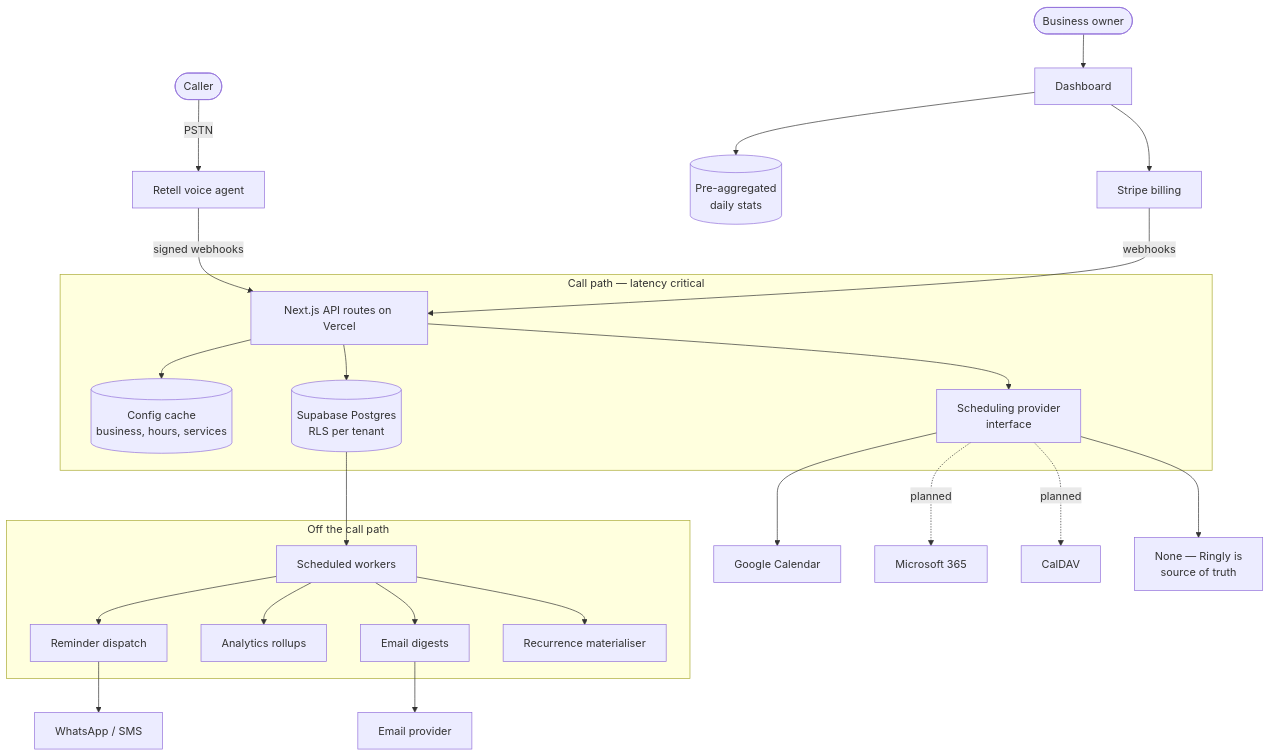
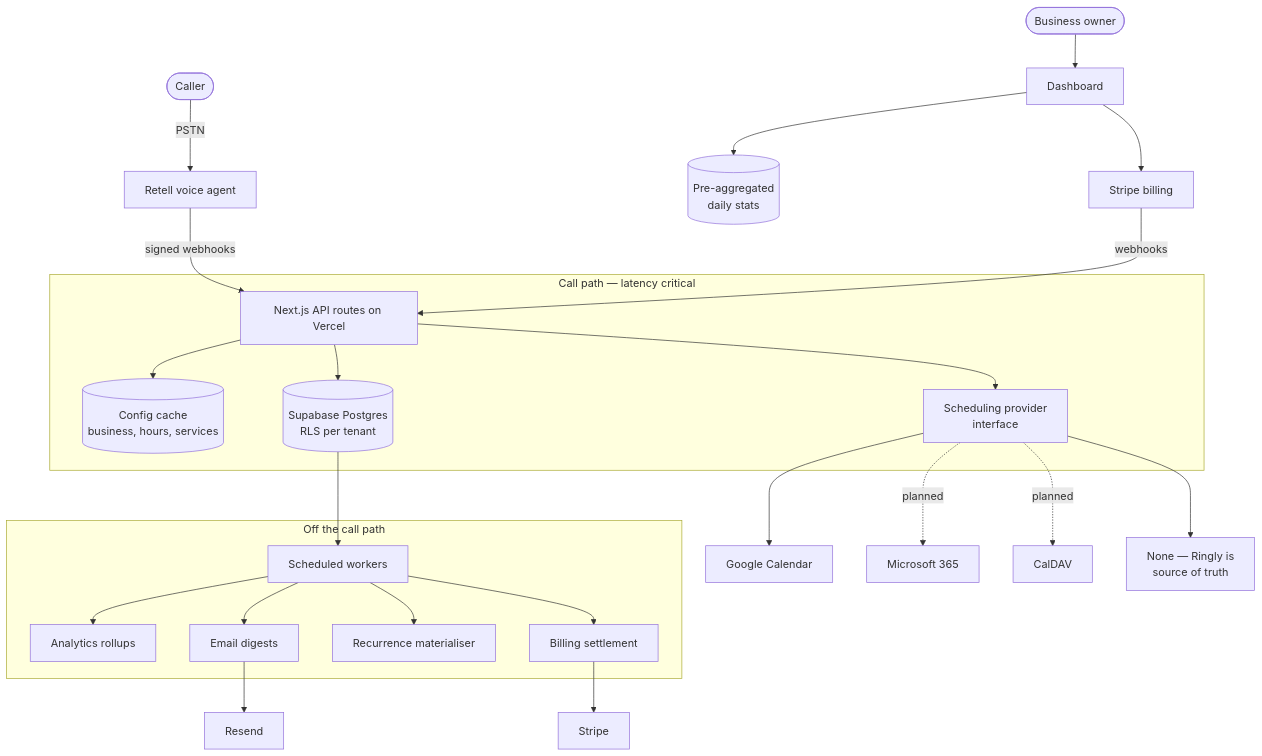
One commit to herzplatina/ringly changed the diagram in docs/Ringly_PRD_EDD_v3.md. Above: the diagram before and after it, drawn with Mermaid. The commit also changed other lines of this file, not shown here.

````diff
--- a/docs/Ringly_PRD_EDD_v3.md
+++ b/docs/Ringly_PRD_EDD_v3.md
@@ -492,32 +569,32 @@
 ```mermaid
 flowchart TB
     Caller([Caller]) -->|PSTN| Retell[Retell voice agent]
     Retell -->|signed webhooks| API[Next.js API routes on Vercel]
 
     subgraph Hot["Call path — latency critical"]
         API --> Cache[(Config cache<br/>business, hours, services)]
         API --> DB[(Supabase Postgres<br/>RLS per tenant)]
         API --> Sched[Scheduling provider<br/>interface]
     end
 
     Sched --> GCal[Google Calendar]
     Sched -.planned.-> MS[Microsoft 365]
     Sched -.planned.-> CalDAV[CalDAV]
     Sched --> NoneP[None — Ringly is<br/>source of truth]
 
     subgraph Cold["Off the call path"]
-        Worker[Scheduled workers] --> Reminders[Reminder dispatch]
-        Worker --> Rollup[Analytics rollups]
+        Worker[Scheduled workers] --> Rollup[Analytics rollups]
         Worker --> Digest[Email digests]
         Worker --> Series[Recurrence materialiser]
+        Worker --> Settle[Billing settlement]
     end
 
     DB --> Worker
-    Reminders --> Twilio[WhatsApp / SMS]
-    Digest --> Email[Email provider]
+    Digest --> Email[Resend]
+    Settle --> Stripe2[Stripe]
 
     Owner([Business owner]) --> Dash[Dashboard]
     Dash --> RollupT[(Pre-aggregated<br/>daily stats)]
     Dash --> Stripe[Stripe billing]
     Stripe -->|webhooks| API
 ```
````
